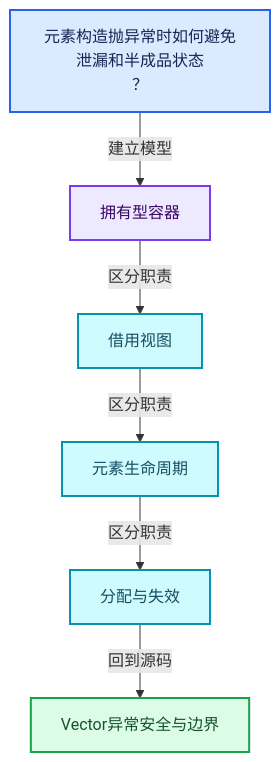
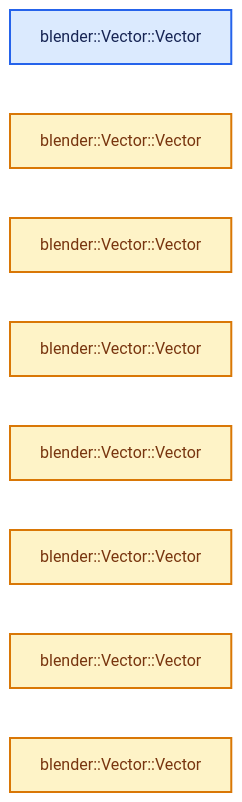
Before and after one commit to yunkezengren/blender-.vscode: the second of 4 diagrams in 杂/markdown/全面学习-codex/01-基础容器与现代CPP/12-Vector异常安全与边界.md, drawn with Mermaid. The commit also changed other lines of this file and 1930 other files, not shown here.

````diff
--- a/杂/markdown/全面学习-codex/01-基础容器与现代CPP/12-Vector异常安全与边界.md
+++ b/杂/markdown/全面学习-codex/01-基础容器与现代CPP/12-Vector异常安全与边界.md
@@ -62,20 +46,17 @@
 ```mermaid
-flowchart TB
-  Q["元素构造抛异常时如何避免泄漏和半成品状态<br/>？"]:::input
-  C0["拥有型容器"]:::abstraction
-  C1["借用视图"]:::data
-  C2["元素生命周期"]:::data
-  C3["分配与失效"]:::data
-  R["Vector异常安全与边界"]:::result
-  Q -->|"建立模型"| C0
-  C0 -->|"区分职责"| C1
-  C1 -->|"区分职责"| C2
-  C2 -->|"区分职责"| C3
-  C3 -->|"回到源码"| R
+flowchart LR
+  F0["blender::Vector::Vector"]:::input
+  F1["blender::Vector::Vector"]:::compute
+  F2["blender::Vector::Vector"]:::compute
+  F3["blender::Vector::Vector"]:::compute
+  F4["blender::Vector::Vector"]:::compute
+  F5["blender::Vector::Vector"]:::compute
+  F6["blender::Vector::Vector"]:::compute
+  F7["blender::Vector::Vector"]:::compute
   classDef input fill:#DBEAFE,stroke:#2563EB,color:#172554,stroke-width:2px;
   classDef data fill:#CFFAFE,stroke:#0891B2,color:#164E63,stroke-width:2px;
   classDef abstraction fill:#EDE9FE,stroke:#7C3AED,color:#3B0764,stroke-width:2px;
   classDef compute fill:#FEF3C7,stroke:#D97706,color:#78350F,stroke-width:2px;
   classDef result fill:#DCFCE7,stroke:#16A34A,color:#14532D,stroke-width:2px;
   classDef error fill:#FEE2E2,stroke:#DC2626,color:#7F1D1D,stroke-width:2px;
 ```
````
